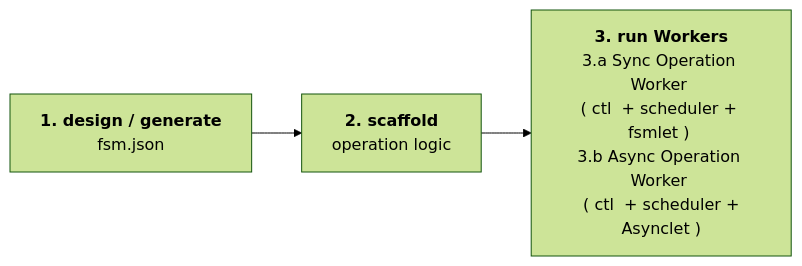
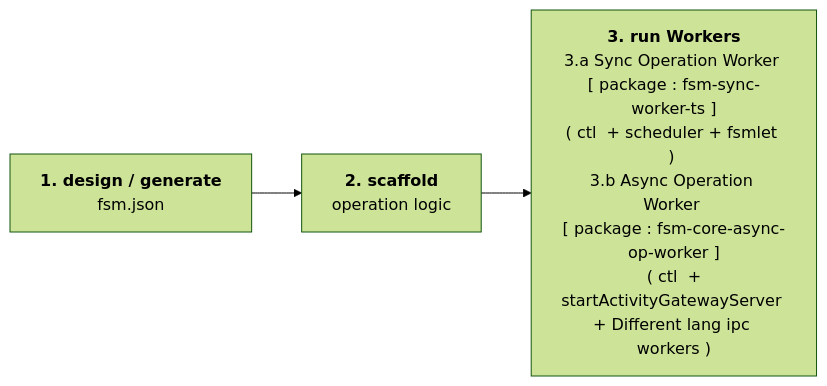
Before and after one commit to Nirajkashyap/fsm: the diagram in README.md, drawn with Mermaid (forest theme). The commit also changed other lines of this file and 1 other file, not shown here.

First line of the commit message:
docs: document fsm-core-async-op-worker and renumber lifecycle sections (#86)

````diff
--- a/README.md
+++ b/README.md
@@ -15,5 +15,5 @@
 ```mermaid
 flowchart LR
     A["<b>1. design / generate</b><br/>fsm.json"] --> B["<b>2. scaffold</b><br/>operation logic"]
-    B --> C["<b>3. run Workers</b><br>3.a Sync Operation Worker <br>( ctl  + scheduler + fsmlet ) <br>3.b Async Operation Worker <br> ( ctl  + scheduler + Asynclet )"]
+    B --> C["<b>3. run Workers</b><br>3.a Sync Operation Worker <br>[ package : fsm-sync-worker-ts ]<br>( ctl  + scheduler + fsmlet ) <br>3.b Async Operation Worker <br>[ package : fsm-core-async-op-worker ]<br> ( ctl  + startActivityGatewayServer + Different lang ipc workers )"]
 ```
````
